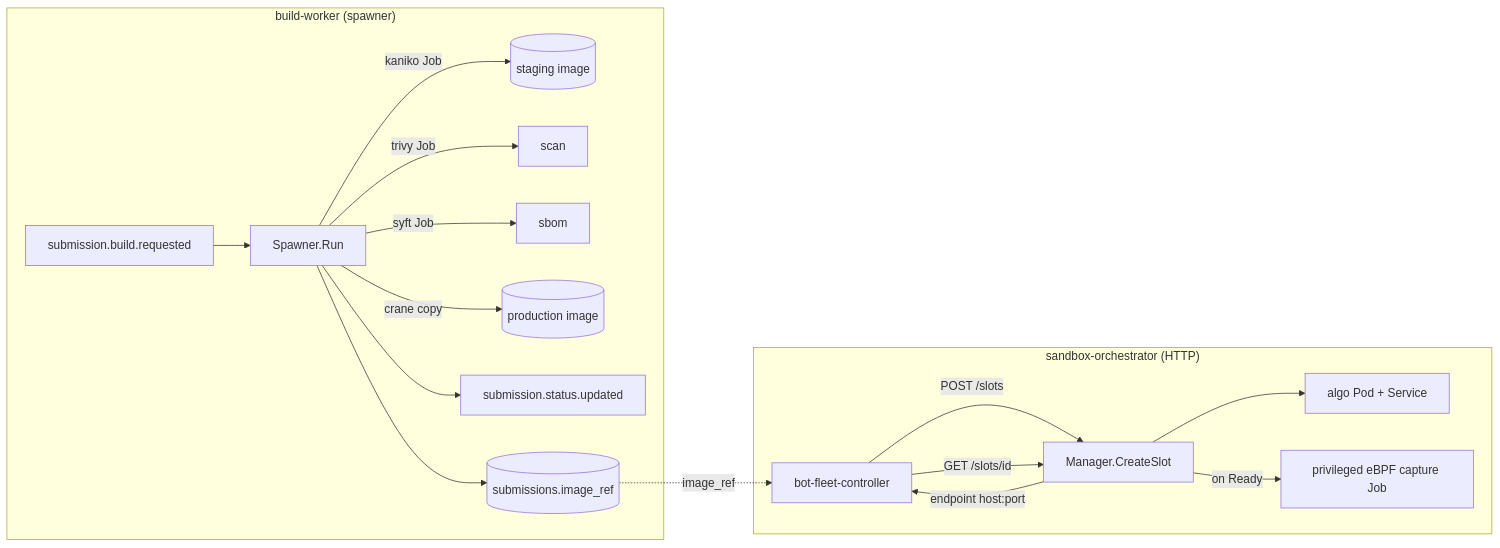
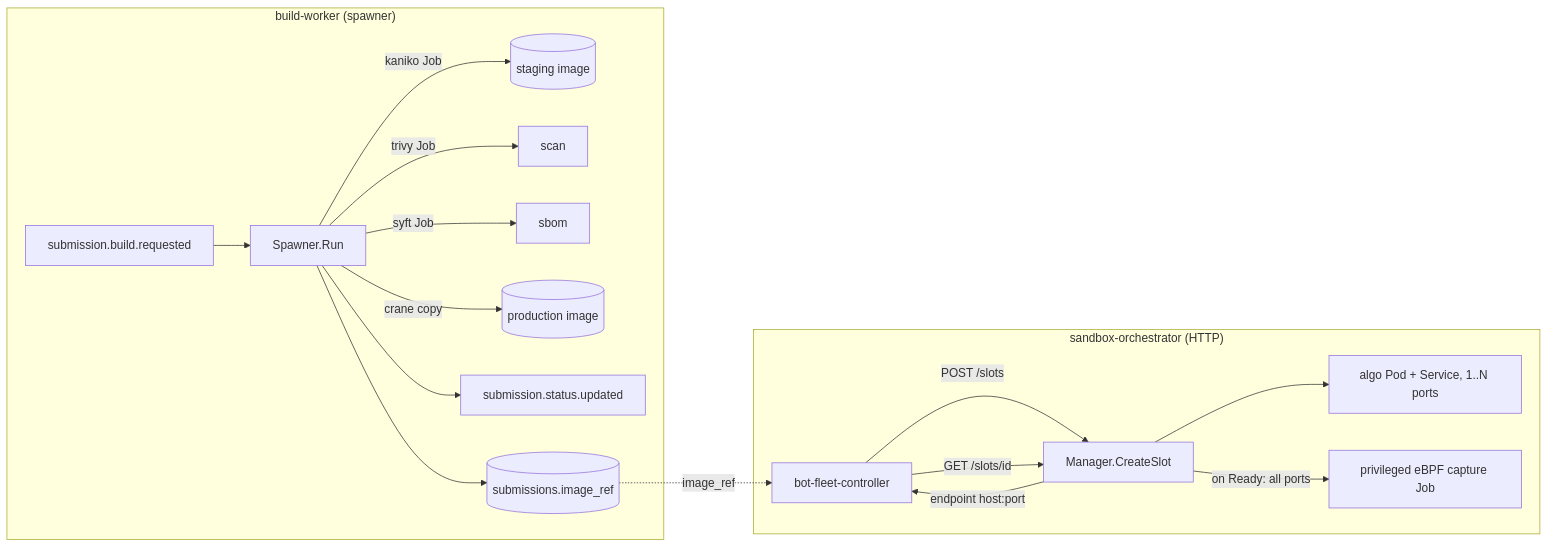
Before and after one commit to agrawalx/match-bench: the fifth of 14 diagrams in docs/architecture/ARCHITECTURE.md, drawn with Mermaid. The commit also changed other lines of this file and 1 other file, not shown here.

First line of the commit message:
docs:(architecture) full rewrite in plain documentation prose + multi-contestant audit

````diff
--- a/docs/architecture/ARCHITECTURE.md
+++ b/docs/architecture/ARCHITECTURE.md
@@ -860,20 +928,20 @@
 ```mermaid
 flowchart LR
   subgraph build["build-worker (spawner)"]
     A[submission.build.requested] --> S[Spawner.Run]
     S -->|kaniko Job| K[(staging image)]
     S -->|trivy Job| SC[scan]
     S -->|syft Job| SB[sbom]
     S -->|crane copy| P[(production image)]
     S --> ST[submission.status.updated]
     S --> DB[(submissions.image_ref)]
   end
   subgraph sandbox["sandbox-orchestrator (HTTP)"]
     C[bot-fleet-controller] -->|POST /slots| M[Manager.CreateSlot]
-    M --> AP[algo Pod + Service]
-    M -->|on Ready| CAP[privileged eBPF capture Job]
+    M --> AP[algo Pod + Service, 1..N ports]
+    M -->|on Ready: all ports| CAP[privileged eBPF capture Job]
     C -->|GET /slots/id| M
     M -->|endpoint host:port| C
   end
   DB -.image_ref.-> C
 ```
````
